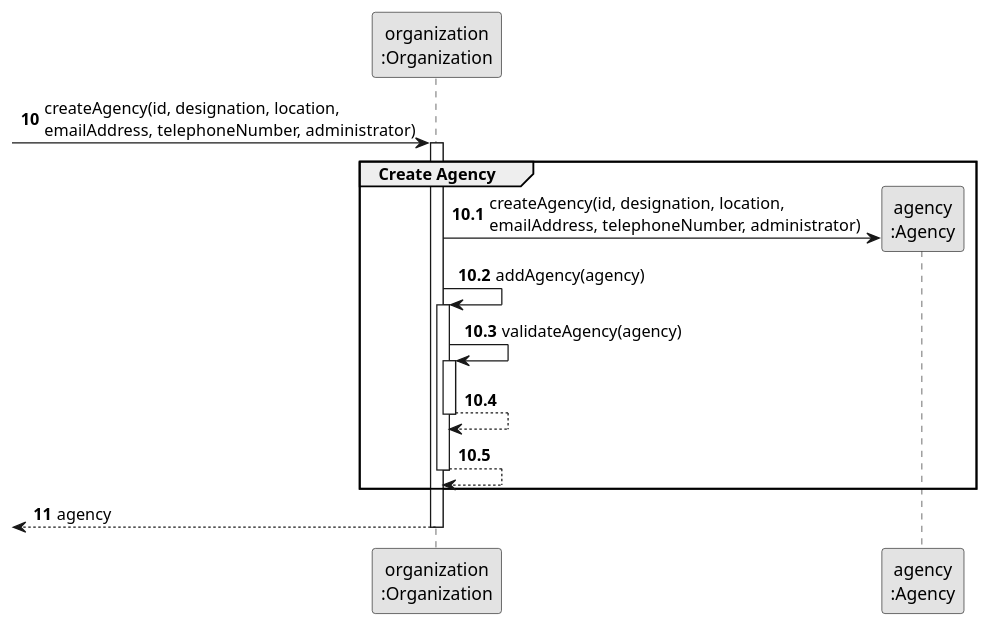
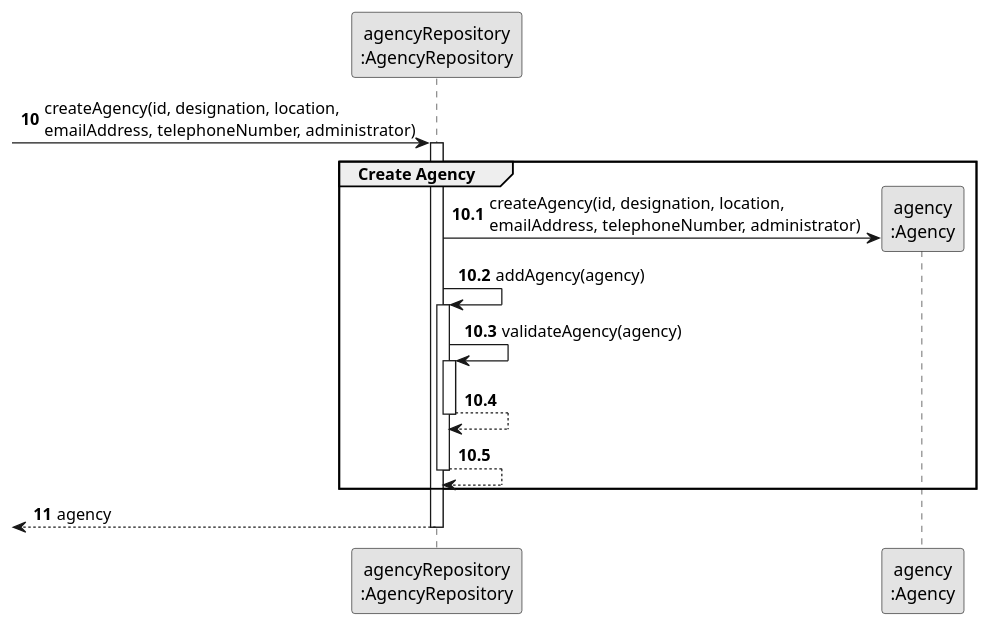
The diagram in docs/Sprint-C/US012/03.design/puml/us012-sequence-diagram-partial-create-agency.puml (Rodrick0209/ISEP-LAPR2-22-23), drawn with PlantUML before and after one commit. The commit also changed 9 other files, not shown here.

```diff
--- a/docs/Sprint-C/US012/03.design/puml/us012-sequence-diagram-partial-create-agency.puml
+++ b/docs/Sprint-C/US012/03.design/puml/us012-sequence-diagram-partial-create-agency.puml
@@ -1,34 +1,34 @@
 @startuml
 skinparam monochrome true
 skinparam packageStyle rectangle
 skinparam shadowing false
 
-participant "organization\n:Organization" as Organization
+participant "agencyRepository\n:AgencyRepository" as AgencyRepository
 participant "agency\n:Agency" as Agency
 
 autonumber 10
--> Organization: createAgency(id, designation, location, \nemailAddress, telephoneNumber, administrator)
+-> AgencyRepository: createAgency(id, designation, location, \nemailAddress, telephoneNumber, administrator)
 
 autonumber 10.1
-activate Organization
+activate AgencyRepository
     group Create Agency
 
-        Organization -> Agency**: createAgency(id, designation, location, \nemailAddress, telephoneNumber, administrator)
-            Organization -> Organization: addAgency(agency)
+        AgencyRepository -> Agency**: createAgency(id, designation, location, \nemailAddress, telephoneNumber, administrator)
+            AgencyRepository -> AgencyRepository: addAgency(agency)
             deactivate Agency
-        activate Organization
-            Organization -> Organization: validateAgency(agency)
-            activate Organization
-                Organization --> Organization
-            deactivate Organization
+        activate AgencyRepository
+            AgencyRepository -> AgencyRepository: validateAgency(agency)
+            activate AgencyRepository
+                AgencyRepository --> AgencyRepository
+            deactivate AgencyRepository
 
-            Organization --> Organization
-        deactivate Organization
+            AgencyRepository --> AgencyRepository
+        deactivate AgencyRepository
     end
 
     autonumber 11
-    <-- Organization : agency
-deactivate Organization
+    <-- AgencyRepository : agency
+deactivate AgencyRepository
 
 
 @enduml
```
